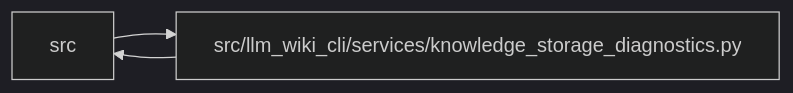
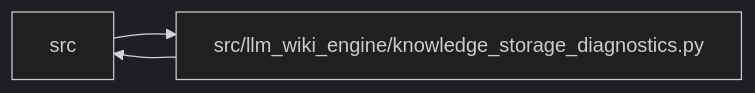
One commit to Denissvgn/python-wiki-llm changed the diagram in docs/llm_wiki/modules/knowledge_storage_diagnostics.md. Above: the diagram before and after it, drawn with Mermaid (dark theme). The commit also changed other lines of this file and 1058 other files, not shown here.

First line of the commit message:
docs: refresh the wiki for the knowledge store move

````diff
--- a/docs/llm_wiki/modules/knowledge_storage_diagnostics.md
+++ b/docs/llm_wiki/modules/knowledge_storage_diagnostics.md
@@ -48,8 +48,8 @@
 ```mermaid
 flowchart LR
     n0["src"]
-    n1["src/llm_wiki_cli/services/knowledge_storage_diagnostics.py"]
+    n1["src/llm_wiki_engine/knowledge_storage_diagnostics.py"]
     n0 --> n1
     n1 --> n0
     click n1 "../modules/knowledge_storage_diagnostics.md"
 ```
````
